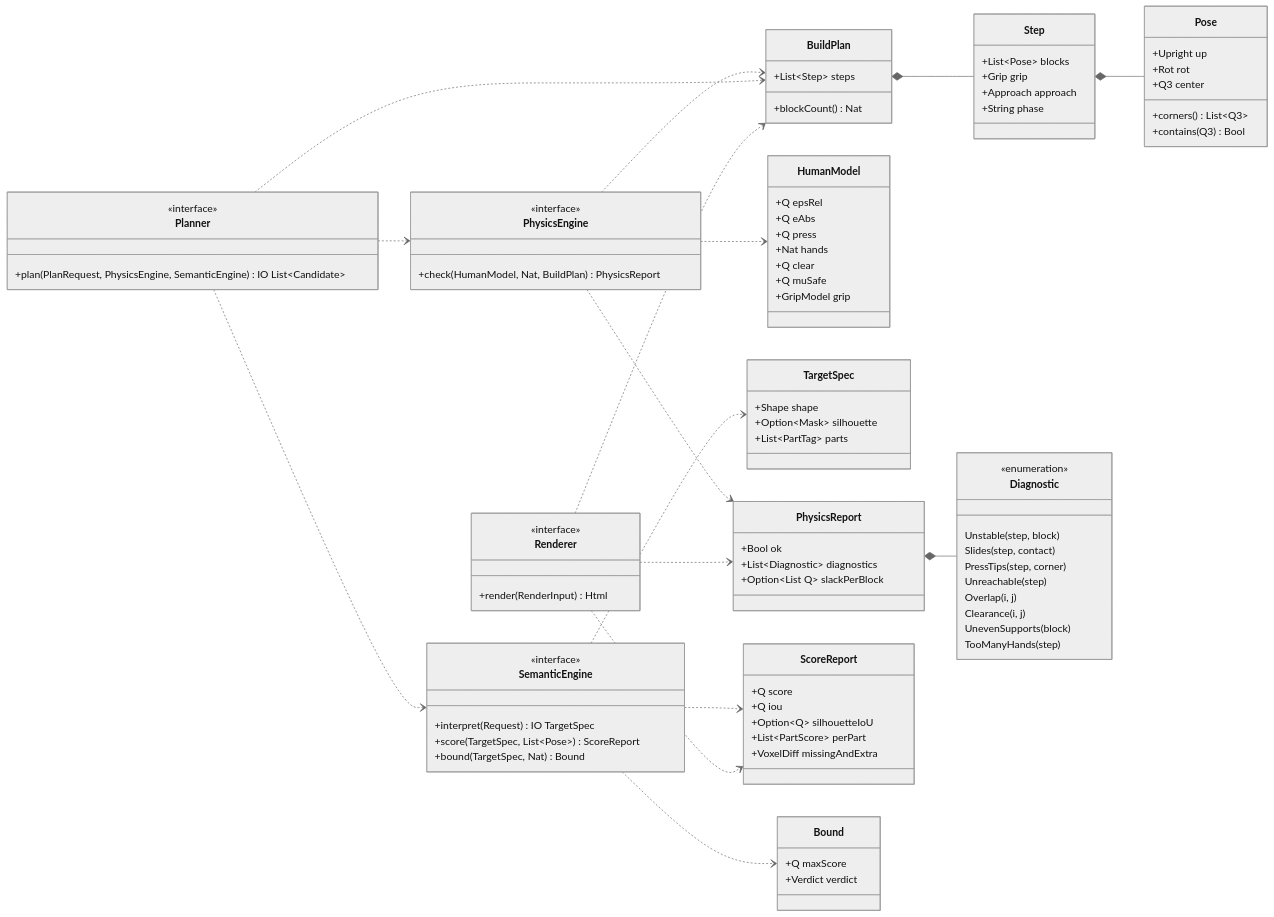
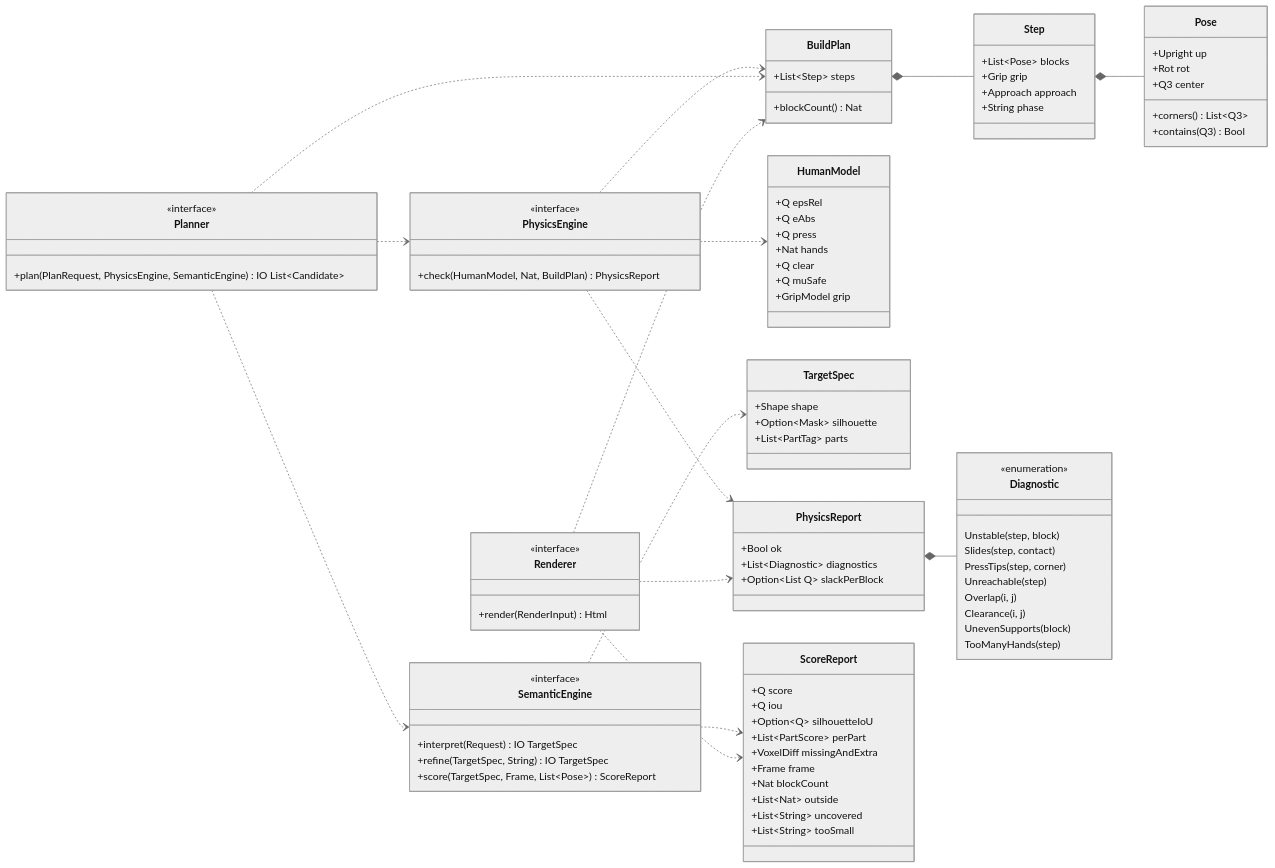
The third of 7 diagrams in docs/WORKSPLIT.md (johspaeth/KaplaBuilder), drawn with Mermaid (neutral theme) before and after one commit. The commit also changed other lines of this file and 3 other files, not shown here.

First line of the commit message:
Docs: remove the upper bound; score takes a Frame

```diff
--- a/docs/WORKSPLIT.md
+++ b/docs/WORKSPLIT.md
@@ -167,10 +167,11 @@
     +Option~Q~ silhouetteIoU
     +List~PartScore~ perPart
     +VoxelDiff missingAndExtra
-  }
-  class Bound {
-    +Q maxScore
-    +Verdict verdict
+    +Frame frame
+    +Nat blockCount
+    +List~Nat~ outside
+    +List~String~ uncovered
+    +List~String~ tooSmall
   }
 
   class PhysicsEngine {
@@ -180,8 +181,8 @@
   class SemanticEngine {
     <<interface>>
     +interpret(Request) IO TargetSpec
-    +score(TargetSpec, List~Pose~) ScoreReport
-    +bound(TargetSpec, Nat) Bound
+    +refine(TargetSpec, String) IO TargetSpec
+    +score(TargetSpec, Frame, List~Pose~) ScoreReport
   }
   class Planner {
     <<interface>>
@@ -200,7 +201,6 @@
   PhysicsEngine ..> PhysicsReport
   SemanticEngine ..> TargetSpec
   SemanticEngine ..> ScoreReport
-  SemanticEngine ..> Bound
   Planner ..> PhysicsEngine
   Planner ..> SemanticEngine
   Planner ..> BuildPlan
```
